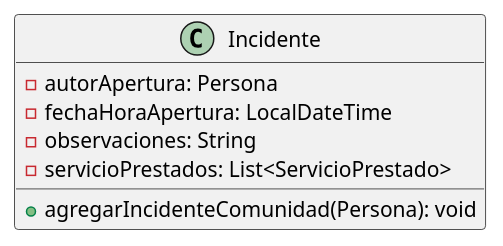
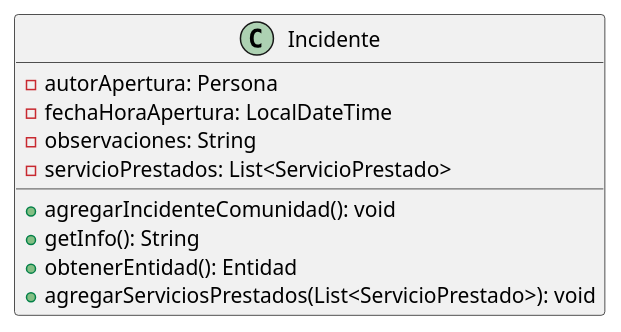
One commit to mbertogliati/dds-tpa changed the diagram in DC/E3/domain/incidentes/Incidente.puml. Above: the diagram before and after it, drawn with PlantUML. The commit also changed 7 other files, not shown here.

```diff
--- a/DC/E3/domain/incidentes/Incidente.puml
+++ b/DC/E3/domain/incidentes/Incidente.puml
@@ -1,16 +1,19 @@
 @startuml
 'https://plantuml.com/class-diagram
 
 
 skinparam linetype ortho
 
 class Incidente {
   - autorApertura: Persona
   - fechaHoraApertura: LocalDateTime
   - observaciones: String
   - servicioPrestados: List<ServicioPrestado>
 
-  + agregarIncidenteComunidad(Persona): void
+  + agregarIncidenteComunidad(): void
+  + getInfo(): String
+  + obtenerEntidad(): Entidad
+  + agregarServiciosPrestados(List<ServicioPrestado>): void
 }
 
 @enduml
```
